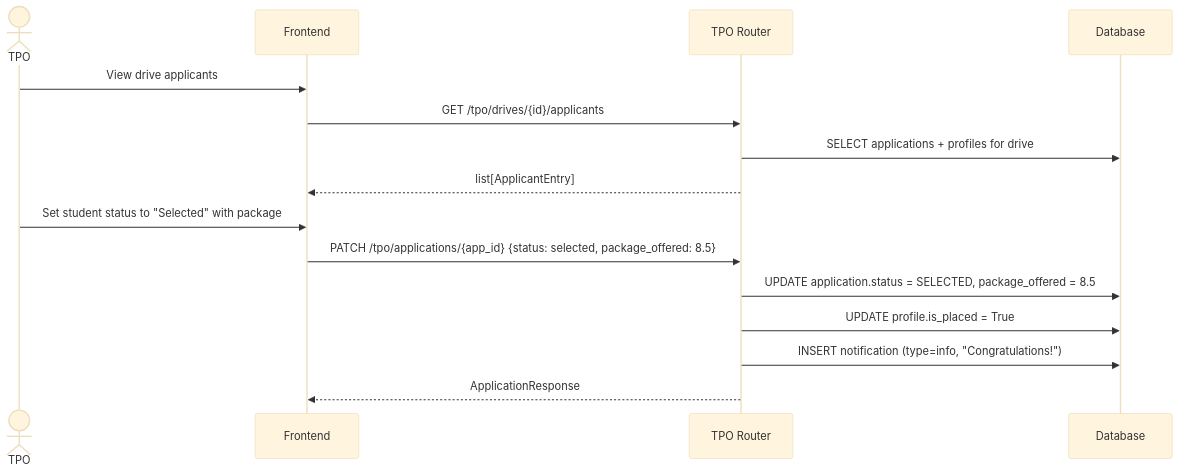
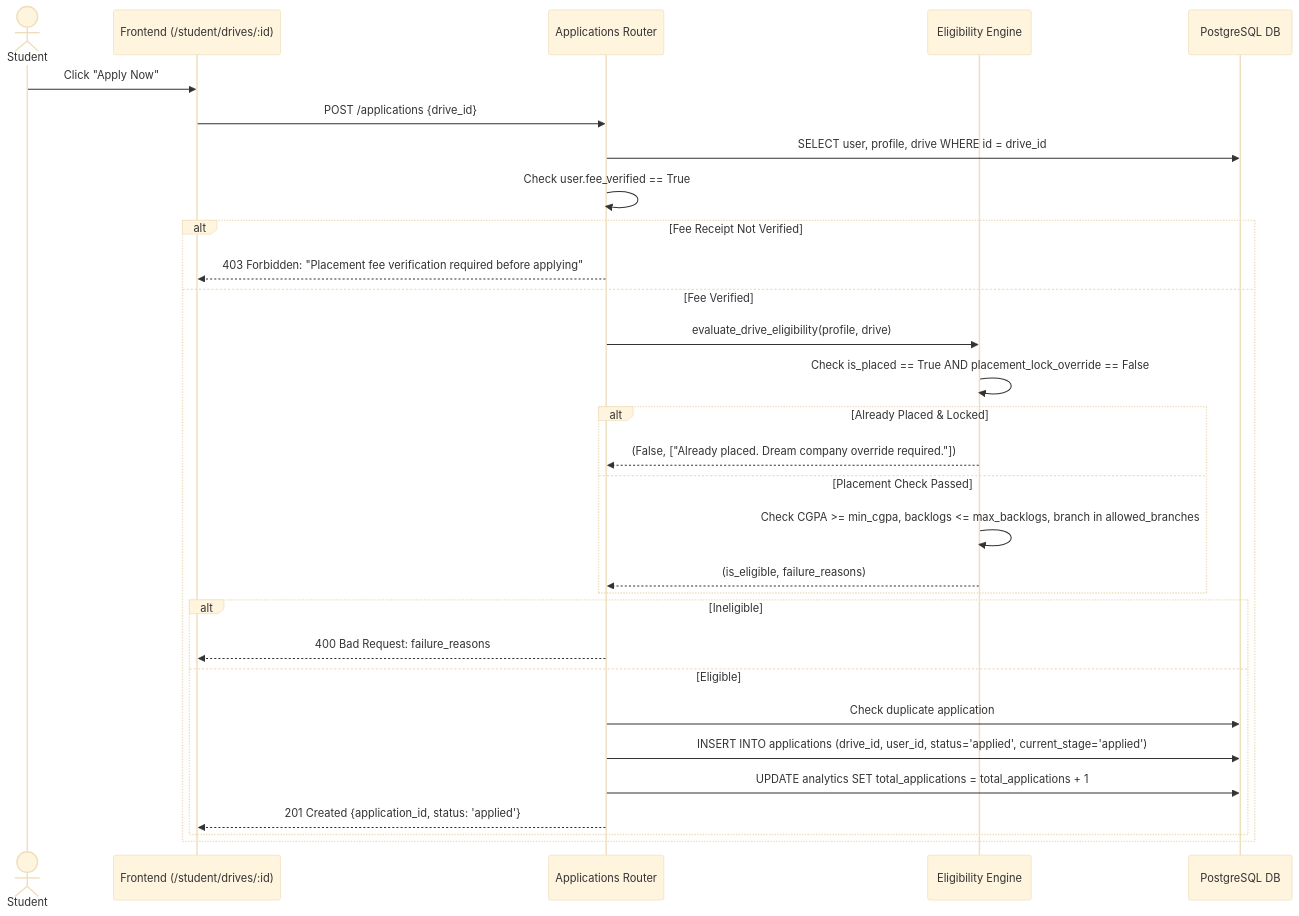
Before and after one commit to prathamraval33/7th-sem-project: diagram 15 of 39 in info.md, drawn with Mermaid (base theme). The commit also changed other lines of this file and 11 other files, not shown here.

````diff
--- a/info.md
+++ b/info.md
@@ -1199,19 +2375,33 @@
 ```mermaid
 sequenceDiagram
-    actor TPO
-    participant FE as Frontend
-    participant TPORouter as TPO Router
-    participant DB as Database
+    actor Student
+    participant FE as Frontend (/student/drives/:id)
+    participant AppRouter as Applications Router
+    participant GateEngine as Eligibility Engine
+    participant DB as PostgreSQL DB
 
-    TPO->>FE: View drive applicants
-    FE->>TPORouter: GET /tpo/drives/{id}/applicants
-    TPORouter->>DB: SELECT applications + profiles for drive
-    TPORouter-->>FE: list[ApplicantEntry]
-
-    TPO->>FE: Set student status to "Selected" with package
-    FE->>TPORouter: PATCH /tpo/applications/{app_id} {status: selected, package_offered: 8.5}
-    TPORouter->>DB: UPDATE application.status = SELECTED, package_offered = 8.5
-    TPORouter->>DB: UPDATE profile.is_placed = True
-    TPORouter->>DB: INSERT notification (type=info, "Congratulations!")
-    TPORouter-->>FE: ApplicationResponse
+    Student->>FE: Click "Apply Now"
+    FE->>AppRouter: POST /applications {drive_id}
+    AppRouter->>DB: SELECT user, profile, drive WHERE id = drive_id
+    AppRouter->>AppRouter: Check user.fee_verified == True
+    alt Fee Receipt Not Verified
+        AppRouter-->>FE: 403 Forbidden: "Placement fee verification required before applying"
+    else Fee Verified
+        AppRouter->>GateEngine: evaluate_drive_eligibility(profile, drive)
+        GateEngine->>GateEngine: Check is_placed == True AND placement_lock_override == False
+        alt Already Placed & Locked
+            GateEngine-->>AppRouter: (False, ["Already placed. Dream company override required."])
+        else Placement Check Passed
+            GateEngine->>GateEngine: Check CGPA >= min_cgpa, backlogs <= max_backlogs, branch in allowed_branches
+            GateEngine-->>AppRouter: (is_eligible, failure_reasons)
+        end
+        alt Ineligible
+            AppRouter-->>FE: 400 Bad Request: failure_reasons
+        else Eligible
+            AppRouter->>DB: Check duplicate application
+            AppRouter->>DB: INSERT INTO applications (drive_id, user_id, status='applied', current_stage='applied')
+            AppRouter->>DB: UPDATE analytics SET total_applications = total_applications + 1
+            AppRouter-->>FE: 201 Created {application_id, status: 'applied'}
+        end
+    end
 ```
````
